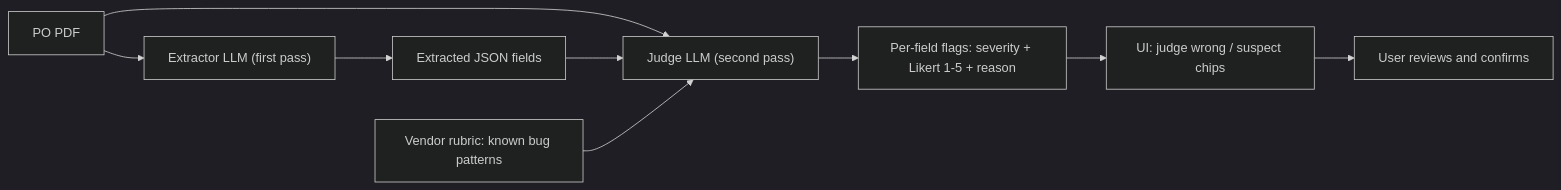
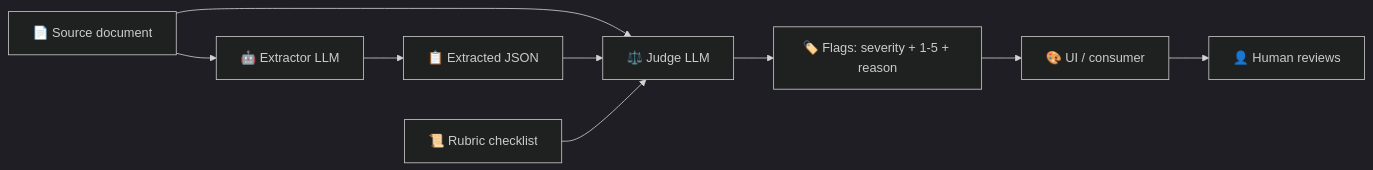
Before and after one commit to GAIK-project/gaik-toolkit: the diagram in guidance_layer/website/content/docs/toolkit/evals/llm-judge.mdx, drawn with Mermaid (dark theme). The commit also changed other lines of this file, not shown here.

First line of the commit message:
docs(llm-judge): simplify flowchart, add 'simplest usage' callout, inline research links

````diff
--- a/guidance_layer/website/content/docs/toolkit/evals/llm-judge.mdx
+++ b/guidance_layer/website/content/docs/toolkit/evals/llm-judge.mdx
@@ -47,11 +42,11 @@
 ```mermaid
 flowchart LR
-    PDF["PO PDF"] --> EXTRACT["Extractor LLM (first pass)"]
-    EXTRACT --> JSON["Extracted JSON fields"]
-    PDF --> JUDGE["Judge LLM (second pass)"]
+    DOC["📄 Source document"] --> EXTRACT["🤖 Extractor LLM"]
+    EXTRACT --> JSON["📋 Extracted JSON"]
+    DOC --> JUDGE["⚖️ Judge LLM"]
     JSON --> JUDGE
-    RUBRIC["Vendor rubric: known bug patterns"] --> JUDGE
-    JUDGE --> FLAGS["Per-field flags: severity + Likert 1-5 + reason"]
-    FLAGS --> UI["UI: judge wrong / suspect chips"]
-    UI --> USER["User reviews and confirms"]
+    RUBRIC["📜 Rubric checklist"] --> JUDGE
+    JUDGE --> FLAGS["🏷️ Flags: severity + 1-5 + reason"]
+    FLAGS --> UI["🎨 UI / consumer"]
+    UI --> USER["👤 Human reviews"]
 ```
````
